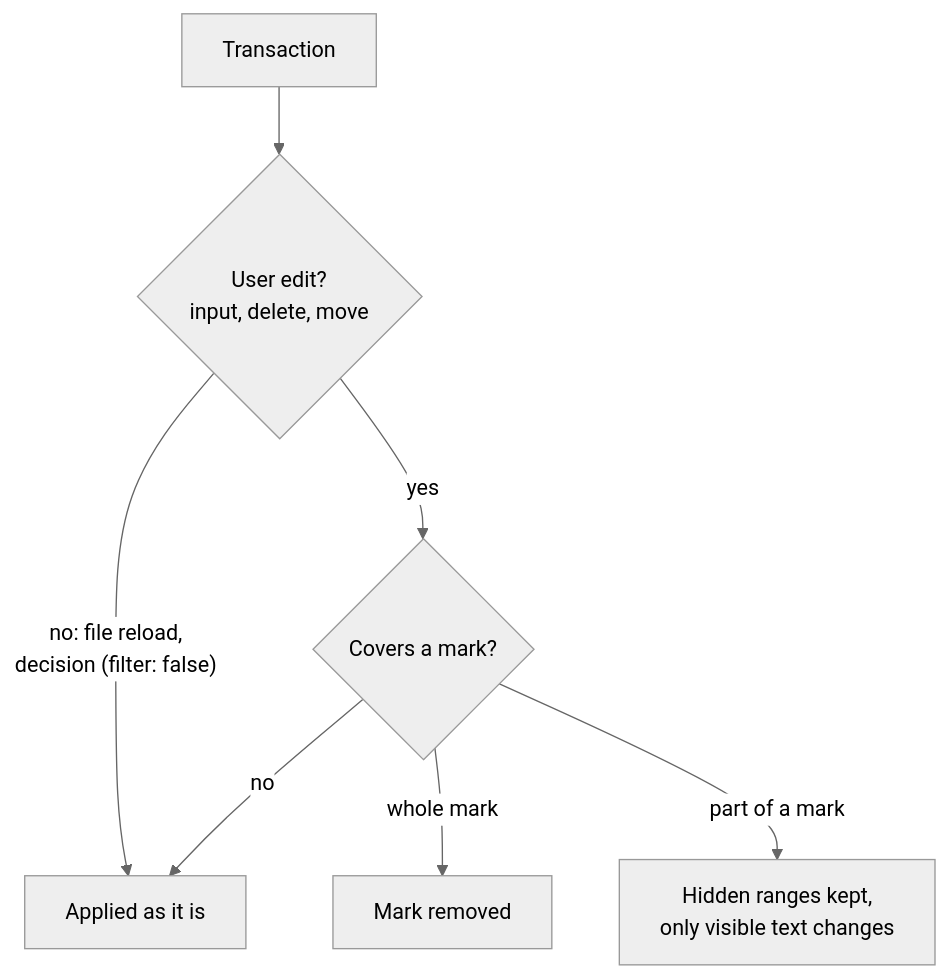
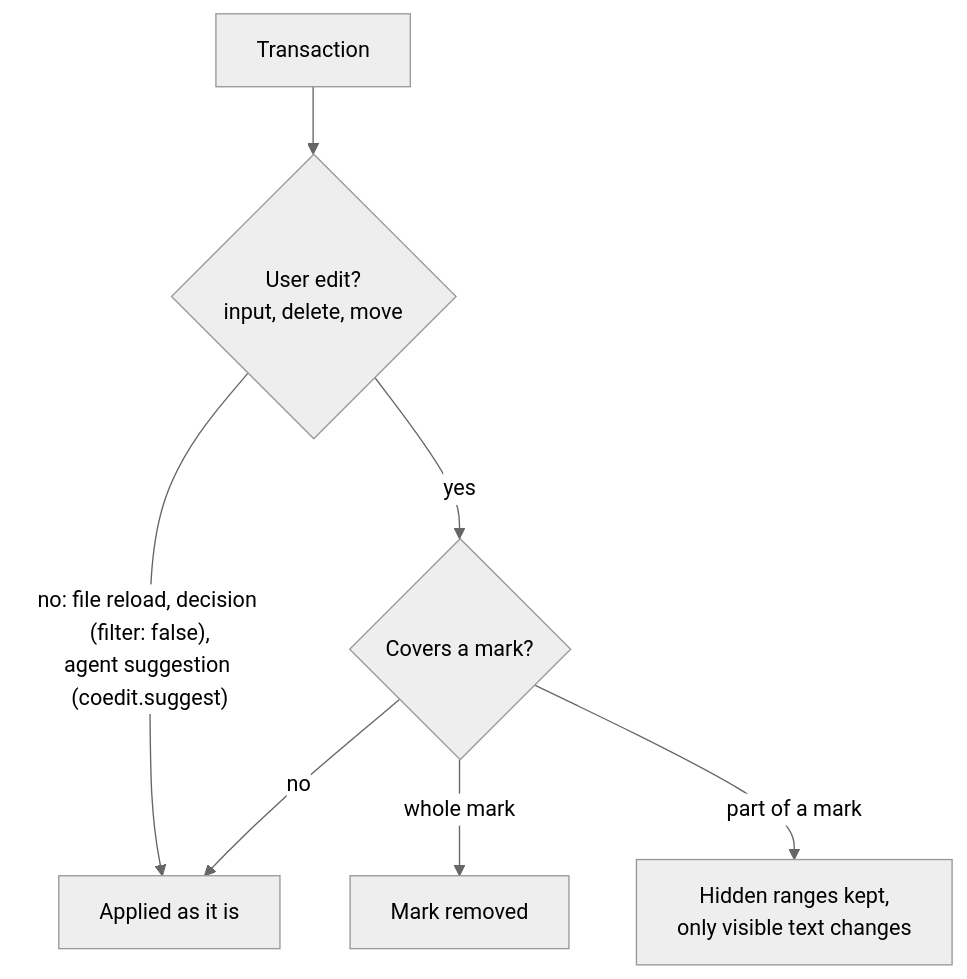
Before and after one commit to novazembla/md-coeditor: the second of 6 diagrams in openspec/docs/architecture-obsidian.md, drawn with Mermaid (neutral theme). The commit also changed other lines of this file and 140 other files, not shown here.

````diff
--- a/openspec/docs/architecture-obsidian.md
+++ b/openspec/docs/architecture-obsidian.md
@@ -95,9 +107,9 @@
 ```mermaid
 flowchart TD
   TX["Transaction"] --> UE{"User edit?<br/>input, delete, move"}
-  UE -->|"no: file reload,<br/>decision (filter: false)"| PASS["Applied as it is"]
+  UE -->|"no: file reload, decision (filter: false),<br/>agent suggestion (coedit.suggest)"| PASS["Applied as it is"]
   UE -->|yes| COV{"Covers a mark?"}
   COV -->|"no"| PASS
   COV -->|"whole mark"| DEL["Mark removed"]
   COV -->|"part of a mark"| KEEP["Hidden ranges kept,<br/>only visible text changes"]
 ```
````
